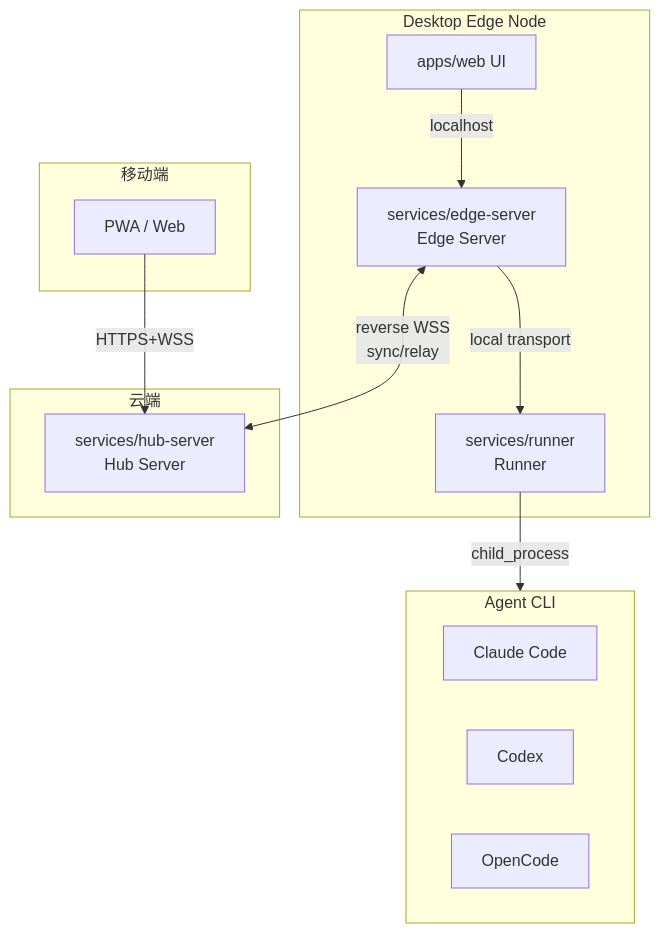
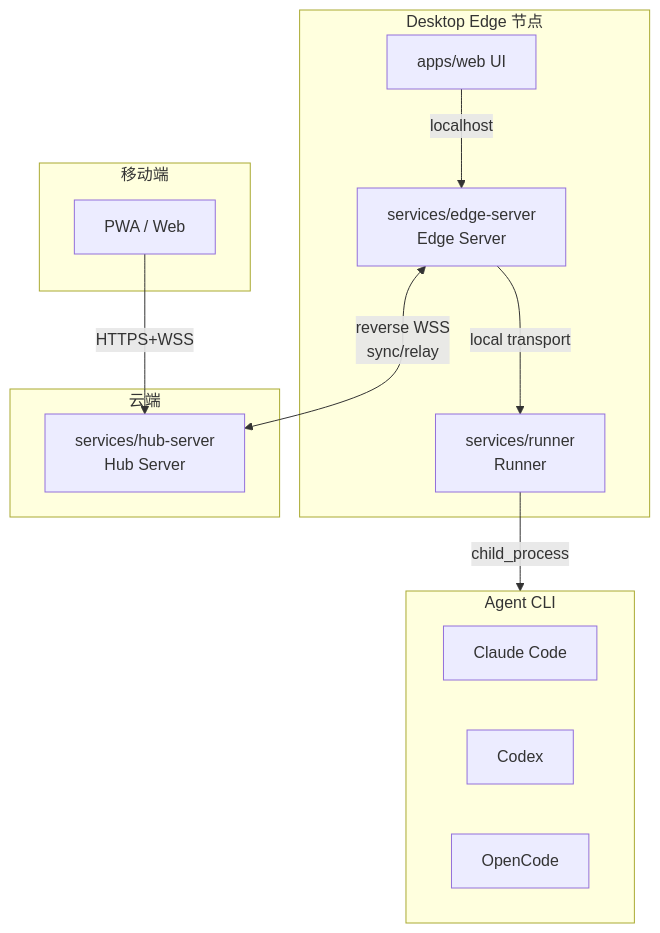
The first of 10 diagrams in docs/architecture.md (TokenDanceLab/AgentHub), drawn with Mermaid before and after one commit. The commit also changed other lines of this file and 49 other files, not shown here.

````diff
--- a/docs/architecture.md
+++ b/docs/architecture.md
@@ -5,28 +5,28 @@
 ```mermaid
 graph TB
-    subgraph Desktop["Desktop Edge Node"]
+    subgraph Desktop["Desktop Edge 节点"]
         UI["apps/web UI"]
         Edge["services/edge-server<br/>Edge Server"]
         R["services/runner<br/>Runner"]
     end
 
     subgraph Cloud["云端"]
         Hub["services/hub-server<br/>Hub Server"]
     end
 
     subgraph Mobile["移动端"]
         MUI["PWA / Web"]
     end
 
     subgraph Agents["Agent CLI"]
         CC["Claude Code"]
         CX["Codex"]
         OC["OpenCode"]
     end
 
     UI -->|"localhost"| Edge
     Edge -->|"local transport"| R
     R -->|"child_process"| Agents
     Edge <-->|"reverse WSS<br/>sync/relay"| Hub
     MUI -->|"HTTPS+WSS"| Hub
 ```
````
